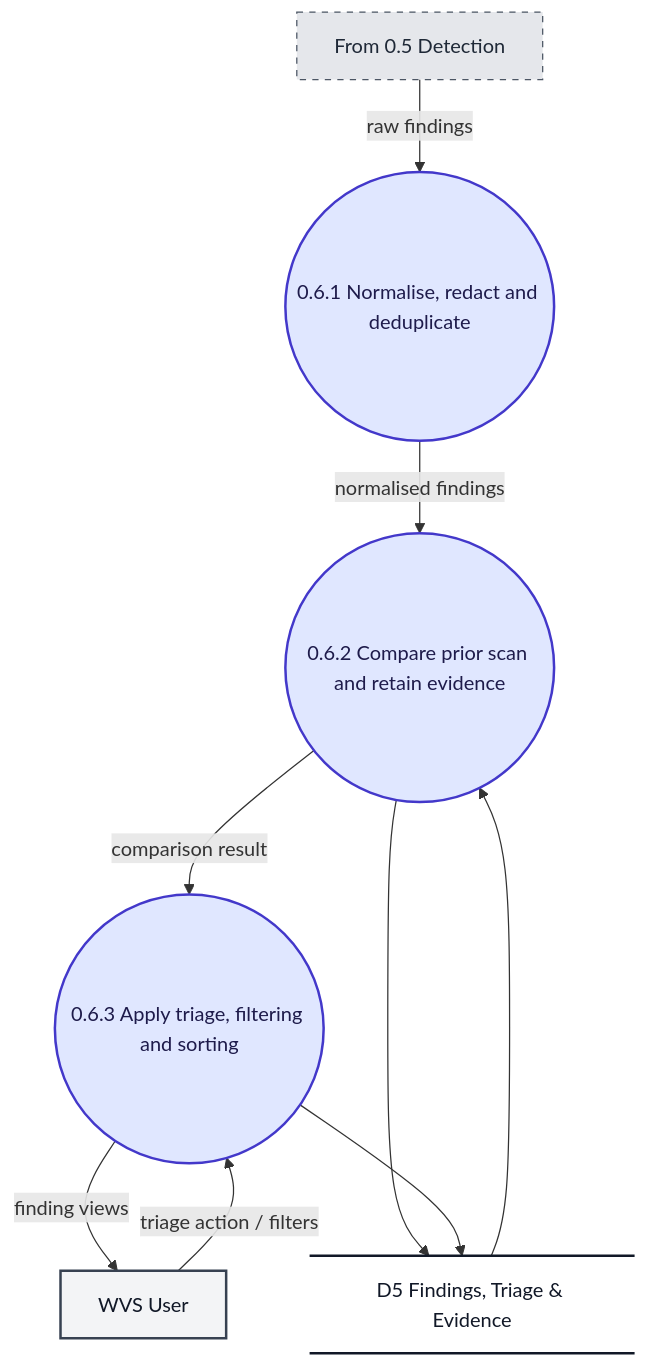
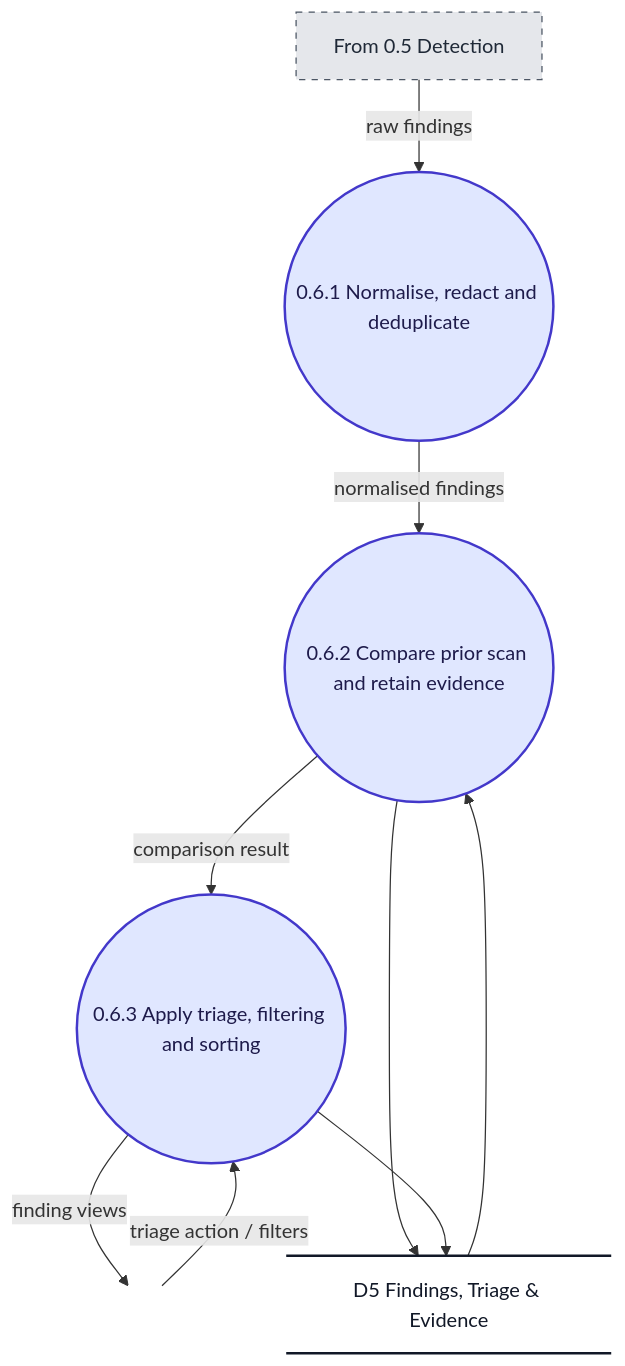
Before and after one commit to ksacheth/software-engineering: the eighth of 11 diagrams in docs/dfd/Website_Vulnerability_Scanner_DFD.md, drawn with Mermaid. The commit also changed other lines of this file and 19 other files, not shown here.

First line of the commit message:
docs(dfd): align level-2 DFDs and report format with textbook and peer reference

````diff
--- a/docs/dfd/Website_Vulnerability_Scanner_DFD.md
+++ b/docs/dfd/Website_Vulnerability_Scanner_DFD.md
@@ -348,33 +339,31 @@
 ```mermaid
 flowchart TD
-    %% Level 2 DFD - F.6 Findings Management
 
     I_From["From 0.5 Detection"]
-    User["WVS User"]
+    B_User[" "]
 
     P61(("0.6.1 Normalise, redact and deduplicate"))
     P62(("0.6.2 Compare prior scan and retain evidence"))
     P63(("0.6.3 Apply triage, filtering and sorting"))
 
     D5@{ shape: datastore, label: "D5 Findings, Triage & Evidence" }
 
     I_From -->|"raw findings"| P61
     P61 -->|"normalised findings"| P62
     P62 -->|"comparison result"| P63
-    P63 -->|"finding views"| User
+    P63 -->|"finding views"| B_User
 
     D5 --> P62
     P62 --> D5
-    User -->|"triage action / filters"| P63
+    B_User -->|"triage action / filters"| P63
     P63 --> D5
 
-    %% Styling
     classDef process fill:#e0e7ff,stroke:#4338ca,stroke-width:2px,color:#1e1b4b;
-    classDef entity fill:#f3f4f6,stroke:#374151,stroke-width:2px,color:#111827;
     classDef store fill:transparent,stroke:#111827,stroke-width:2px,color:#111827;
     classDef iface fill:#e5e7eb,stroke:#4b5563,stroke-width:1px,stroke-dasharray: 5 5,color:#1f2937;
+    classDef boundary fill:transparent,stroke:transparent,color:transparent;
     class P61,P62,P63 process;
-    class User entity;
     class D5 store;
     class I_From iface;
+    class B_User boundary;
 ```
````
